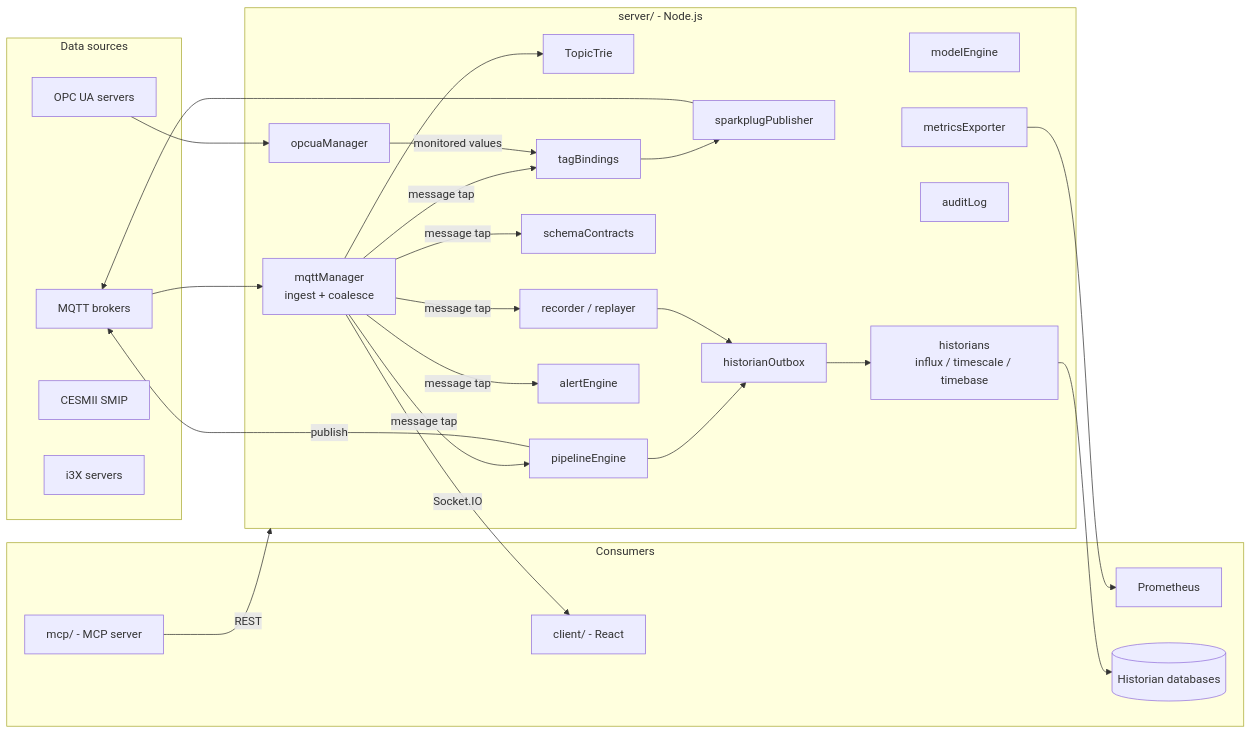
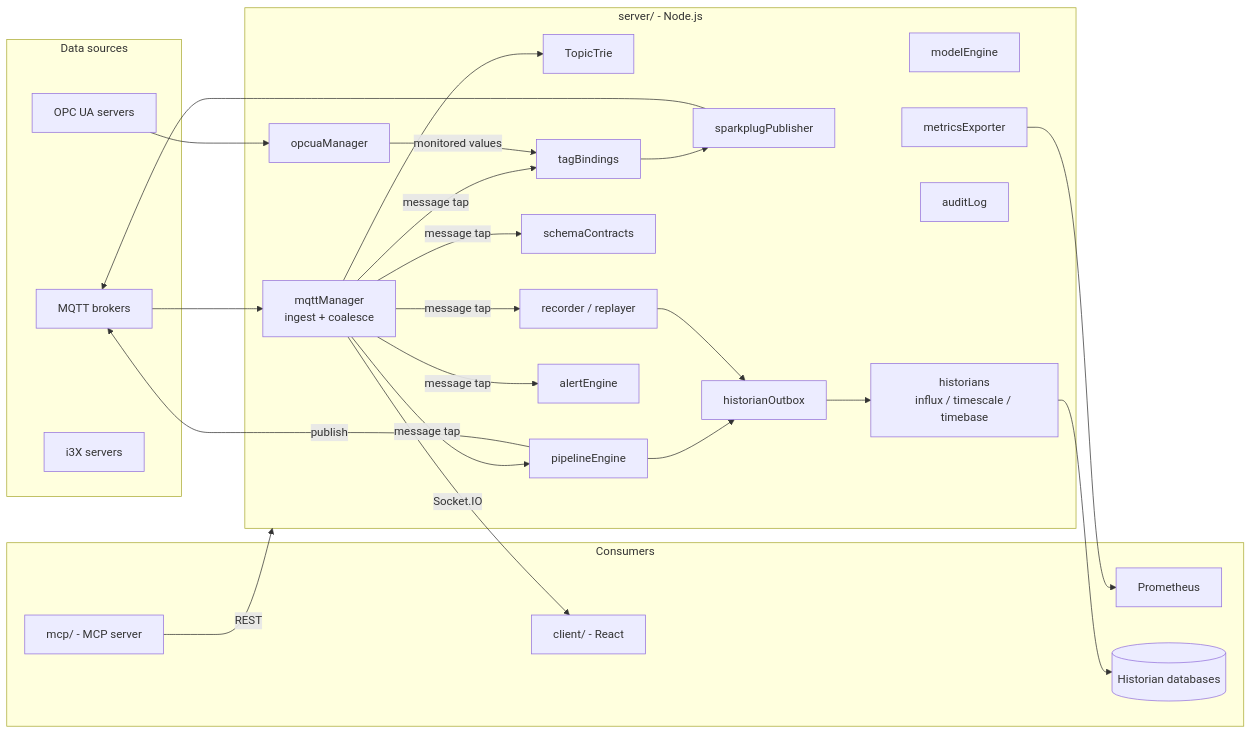
Before and after one commit to zbest1000/manifold: the first of 8 diagrams in ARCHITECTURE.md, drawn with Mermaid. The commit also changed other lines of this file and 19 other files, not shown here.

First line of the commit message:
feat!: remove the CESMII SMIP integration

````diff
--- a/ARCHITECTURE.md
+++ b/ARCHITECTURE.md
@@ -9,47 +9,46 @@
 ```mermaid
 flowchart LR
     subgraph sources [Data sources]
         B[MQTT brokers]
         O[OPC UA servers]
-        C[CESMII SMIP]
         I[i3X servers]
     end
 
     subgraph server [server/ - Node.js]
         M[mqttManager<br/>ingest + coalesce]
         OM[opcuaManager]
         T[TopicTrie]
         P[pipelineEngine]
         MD[modelEngine]
         R[recorder / replayer]
         SC[schemaContracts]
         TB[tagBindings]
         SP[sparkplugPublisher]
         OB[historianOutbox]
         H[historians<br/>influx / timescale / timebase]
         AL[alertEngine]
         AU[auditLog]
         MX[metricsExporter]
     end
 
     subgraph clients [Consumers]
         UI[client/ - React]
         MCP[mcp/ - MCP server]
         PROM[Prometheus]
         HIST[(Historian databases)]
     end
 
     B --> M
     O --> OM
     M --> T
     M -- message tap --> P & R & SC & TB & AL
     OM -- monitored values --> TB
     P --> OB
     R --> OB
     OB --> H --> HIST
     TB --> SP --> B
     P -- publish --> B
     M -- Socket.IO --> UI
     MCP -- REST --> server
     MX --> PROM
 ```
````
